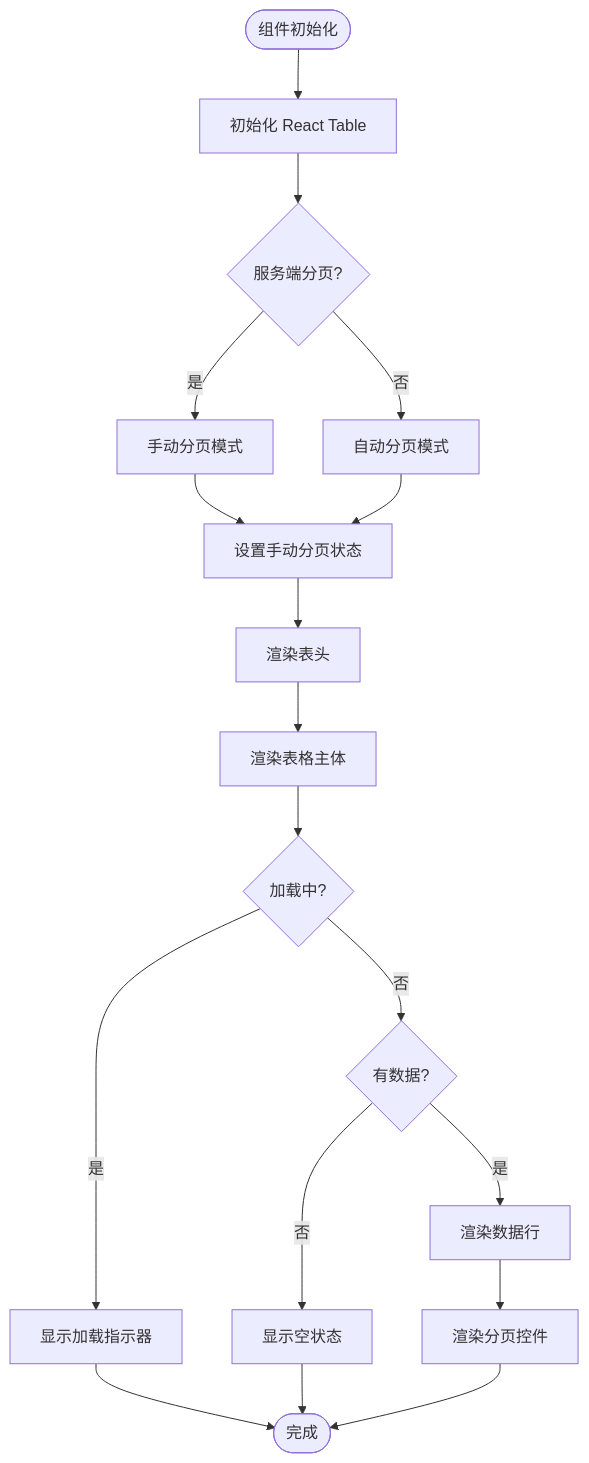
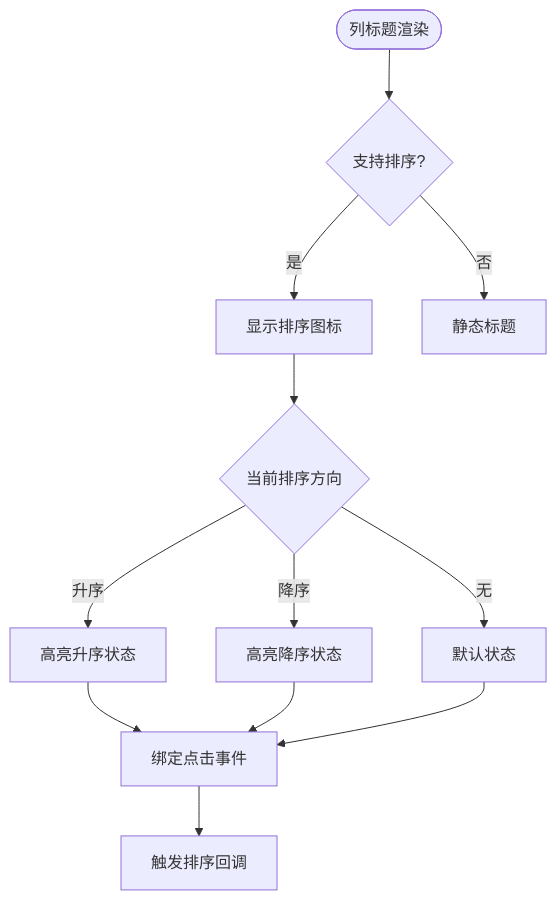
One commit to translateServers/nodes-stack changed the ninth of 12 diagrams in .qoder/repowiki/zh/content/开发工具/Shadcn_UI 技能系统.md. Above: the diagram before and after it, drawn with Mermaid. The commit also changed other lines of this file and 9 other files, not shown here.

````diff
--- a/.qoder/repowiki/zh/content/开发工具/Shadcn_UI 技能系统.md
+++ b/.qoder/repowiki/zh/content/开发工具/Shadcn_UI 技能系统.md
@@ -373,20 +387,14 @@
 ```mermaid
 flowchart TD
-Start([组件初始化]) --> InitTable["初始化 React Table"]
-InitTable --> CheckServer{"服务端分页?"}
-CheckServer --> |是| ManualPagination["手动分页模式"]
-CheckServer --> |否| AutoPagination["自动分页模式"]
-ManualPagination --> SetState["设置手动分页状态"]
-AutoPagination --> SetState
-SetState --> RenderHeaders["渲染表头"]
-RenderHeaders --> RenderBody["渲染表格主体"]
-RenderBody --> CheckLoading{"加载中?"}
-CheckLoading --> |是| ShowSpinner["显示加载指示器"]
-CheckLoading --> |否| CheckEmpty{"有数据?"}
-CheckEmpty --> |否| ShowEmpty["显示空状态"]
-CheckEmpty --> |是| RenderRows["渲染数据行"]
-ShowSpinner --> End([完成])
-ShowEmpty --> End
-RenderRows --> RenderPagination["渲染分页控件"]
-RenderPagination --> End
+Start([列标题渲染]) --> CheckSort{"支持排序?"}
+CheckSort --> |是| SortIcon["显示排序图标"]
+CheckSort --> |否| StaticHeader["静态标题"]
+SortIcon --> CheckDirection{"当前排序方向"}
+CheckDirection --> |升序| Ascending["高亮升序状态"]
+CheckDirection --> |降序| Descending["高亮降序状态"]
+CheckDirection --> |无| Default["默认状态"]
+Ascending --> ClickHandler["绑定点击事件"]
+Descending --> ClickHandler
+Default --> ClickHandler
+ClickHandler --> SortAction["触发排序回调"]
 ```
````
